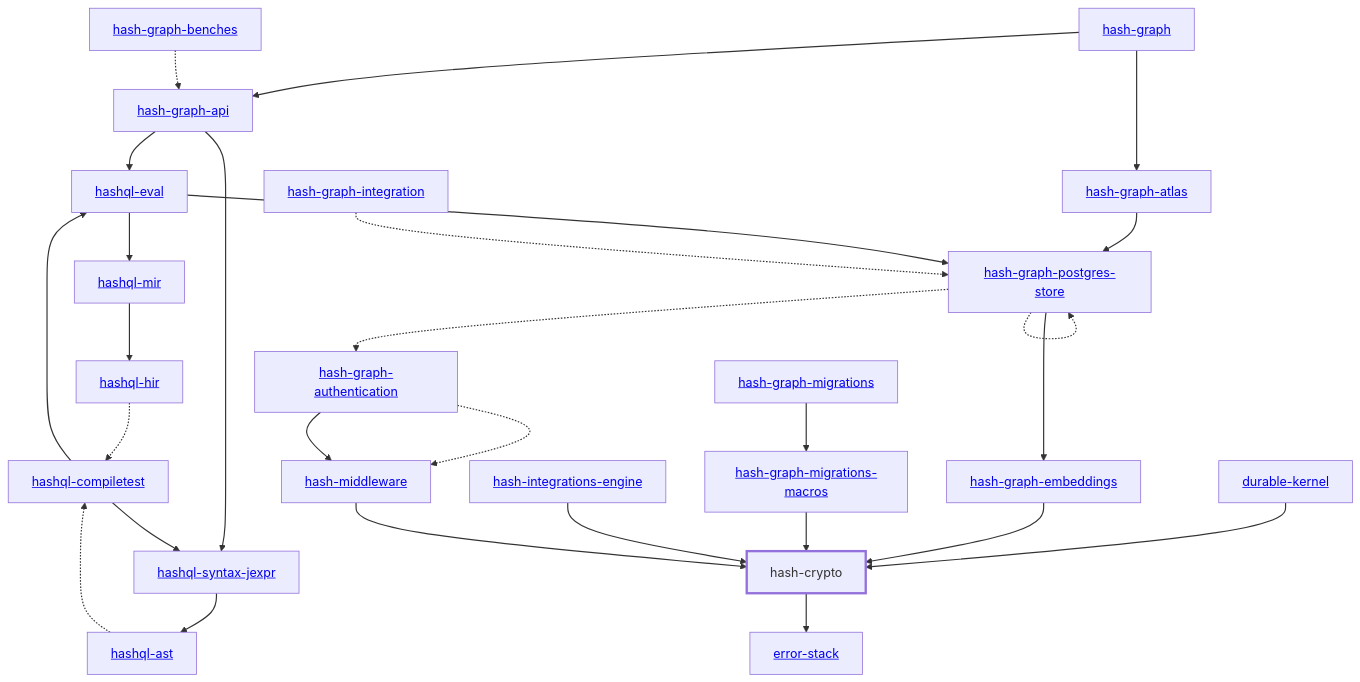
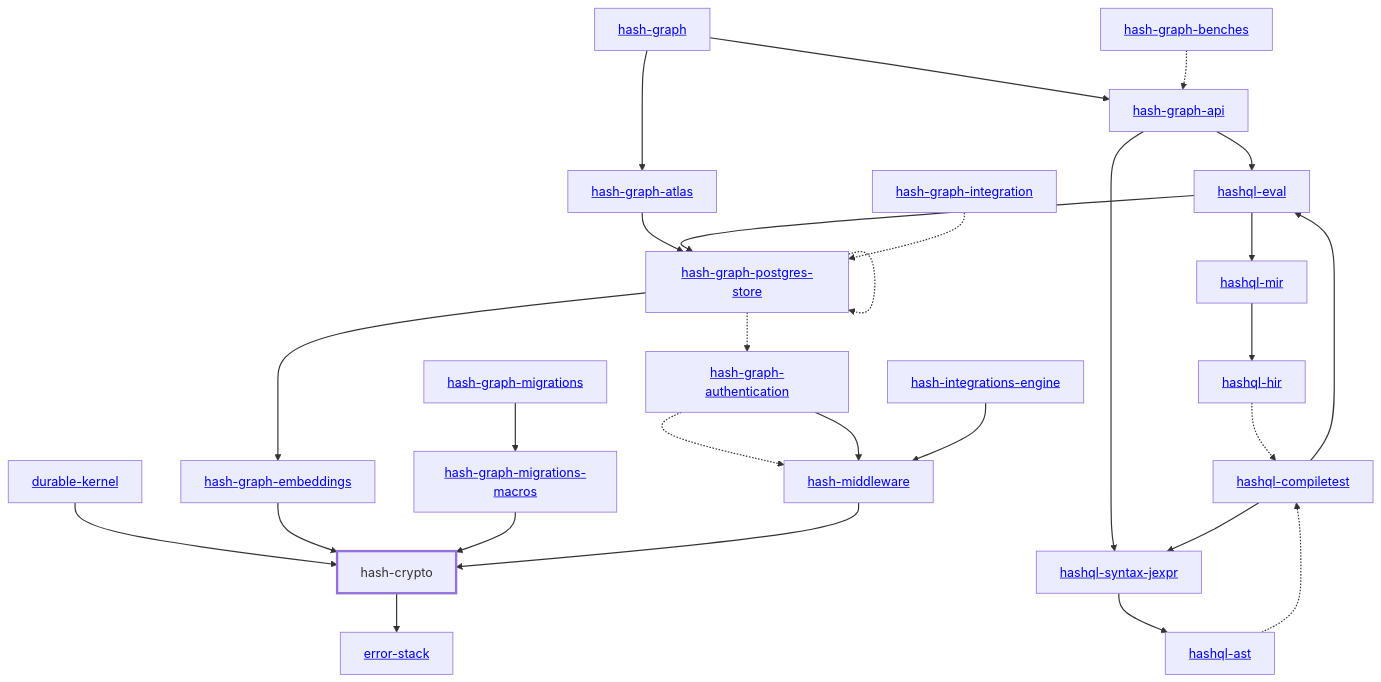
Before and after one commit to hashintel/hash: the diagram in libs/@local/crypto/docs/dependency-diagram.mmd, drawn with Mermaid. The commit also changed 21 other files, not shown here.

```diff
--- a/libs/@local/crypto/docs/dependency-diagram.mmd
+++ b/libs/@local/crypto/docs/dependency-diagram.mmd
@@ -1,59 +1,59 @@
 graph TD
     linkStyle default stroke-width:1.5px
     classDef default stroke-width:1px
     classDef root stroke-width:3px
     classDef dev stroke-width:1px
     classDef build stroke-width:1px
     %% Legend
     %% --> : Normal dependency
     %% -.-> : Dev dependency
     %% ---> : Build dependency
     0[<a href="../hash_graph/index.html">hash-graph</a>]
     1[hash-crypto]
     class 1 root
     2[<a href="../durable_kernel/index.html">durable-kernel</a>]
     3[<a href="../hash_graph_api/index.html">hash-graph-api</a>]
     4[<a href="../hash_graph_atlas/index.html">hash-graph-atlas</a>]
     5[<a href="../hash_graph_authentication/index.html">hash-graph-authentication</a>]
     6[<a href="../hash_graph_embeddings/index.html">hash-graph-embeddings</a>]
     7[<a href="../hash_graph_migrations/index.html">hash-graph-migrations</a>]
     8[<a href="../hash_graph_migrations_macros/index.html">hash-graph-migrations-macros</a>]
     9[<a href="../hash_graph_postgres_store/index.html">hash-graph-postgres-store</a>]
     10[<a href="../hashql_ast/index.html">hashql-ast</a>]
     11[<a href="../hashql_compiletest/index.html">hashql-compiletest</a>]
     12[<a href="../hashql_eval/index.html">hashql-eval</a>]
     13[<a href="../hashql_hir/index.html">hashql-hir</a>]
     14[<a href="../hashql_mir/index.html">hashql-mir</a>]
     15[<a href="../hashql_syntax_jexpr/index.html">hashql-syntax-jexpr</a>]
     16[<a href="../hash_integrations_engine/index.html">hash-integrations-engine</a>]
     17[<a href="../hash_middleware/index.html">hash-middleware</a>]
     18[<a href="../error_stack/index.html">error-stack</a>]
     19[<a href="../hash_graph_benches/index.html">hash-graph-benches</a>]
     20[<a href="../hash_graph_integration/index.html">hash-graph-integration</a>]
     0 --> 3
     0 --> 4
     1 --> 18
     2 --> 1
     3 --> 12
     3 --> 15
     4 --> 9
     5 -.-> 17
     5 --> 17
     6 --> 1
     7 --> 8
     8 --> 1
     9 -.-> 5
     9 --> 6
     9 -.-> 9
     10 -.-> 11
     11 --> 12
     11 --> 15
     12 --> 9
     12 --> 14
     13 -.-> 11
     14 --> 13
     15 --> 10
-    16 --> 1
+    16 --> 17
     17 --> 1
     19 -.-> 3
     20 -.-> 9
```
